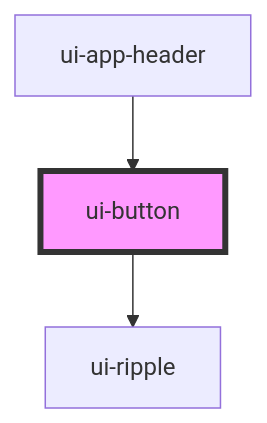
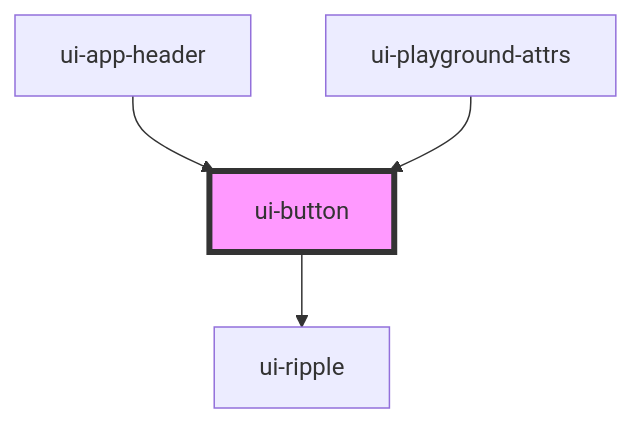
Before and after one commit to shahzad1970/psycho-ui: the diagram in src/components/ui-button/readme.md, drawn with Mermaid. The commit also changed other lines of this file and 33 other files, not shown here.

````diff
--- a/src/components/ui-button/readme.md
+++ b/src/components/ui-button/readme.md
@@ -36,6 +39,7 @@
 ```mermaid
 graph TD;
   ui-button --> ui-ripple
   ui-app-header --> ui-button
+  ui-playground-attrs --> ui-button
   style ui-button fill:#f9f,stroke:#333,stroke-width:4px
 ```
````
